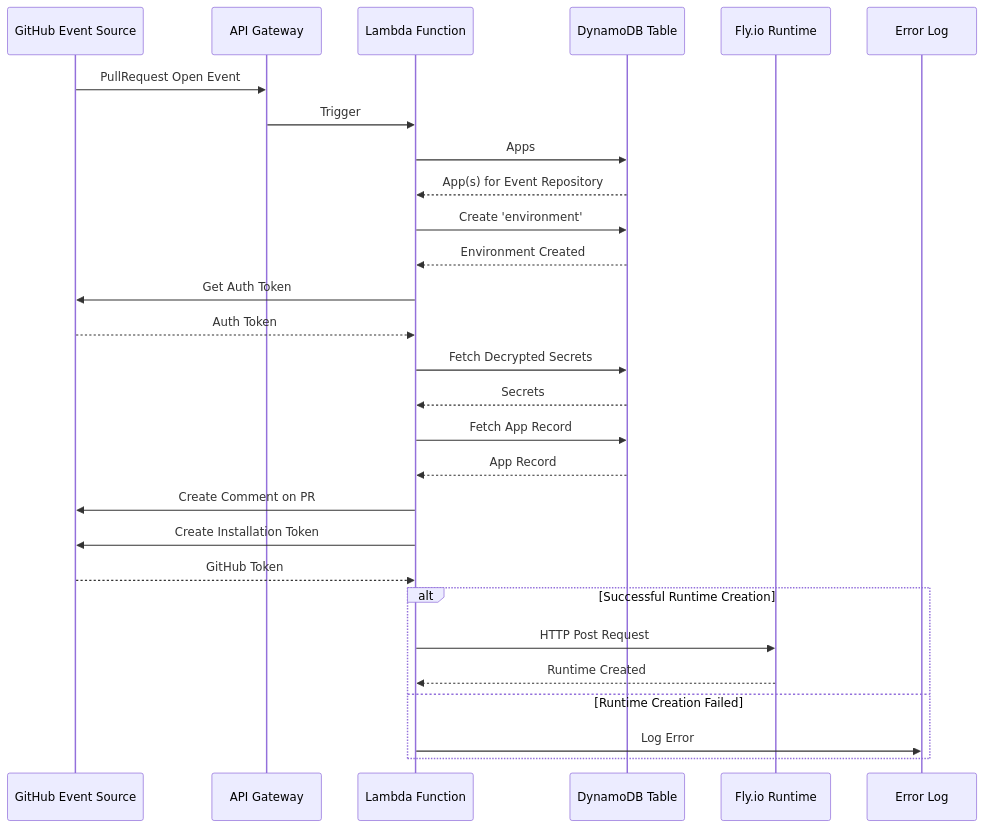
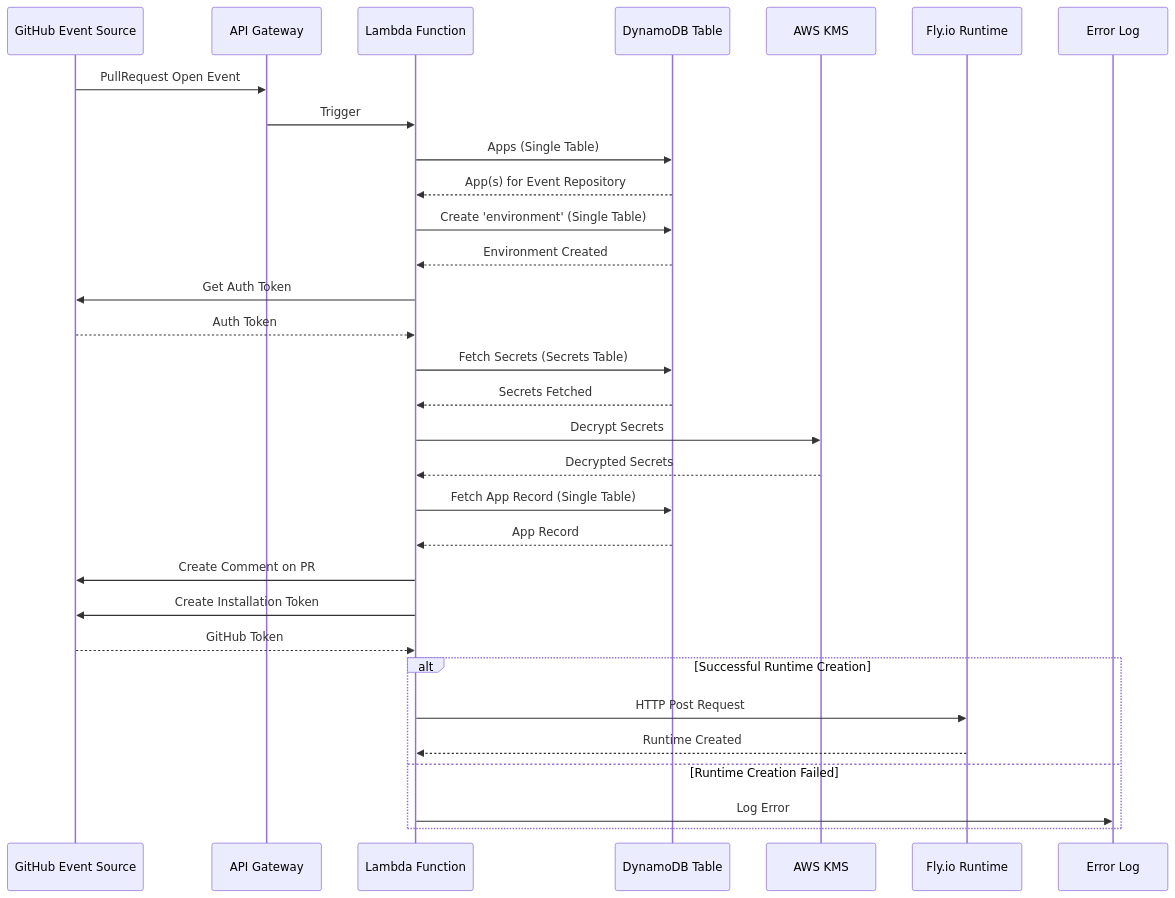
Before and after one commit to winglang/wing.cloud: the diagram in docs/workflows/gitihub-pull-request-open.md, drawn with Mermaid. The commit also changed other lines of this file, not shown here.

Commit message:
a bit clearer diagram

````diff
--- a/docs/workflows/gitihub-pull-request-open.md
+++ b/docs/workflows/gitihub-pull-request-open.md
@@ -43,31 +45,34 @@
 ```mermaid
 sequenceDiagram
     participant GitHub as GitHub Event Source
     participant API_Gateway as API Gateway
     participant Lambda as Lambda Function
     participant DynamoDB as DynamoDB Table
+    participant KMS as AWS KMS
     participant Fly_io as Fly.io Runtime
     participant ErrorLog as Error Log
 
     GitHub->>API_Gateway: PullRequest Open Event
     API_Gateway->>Lambda: Trigger
-    Lambda->>DynamoDB: Apps#listByRepository
+    Lambda->>DynamoDB: Apps (Single Table)
     DynamoDB-->>Lambda: App(s) for Event Repository
-    Lambda->>DynamoDB: Create 'environment'
+    Lambda->>DynamoDB: Create 'environment' (Single Table)
     DynamoDB-->>Lambda: Environment Created
     Lambda->>GitHub: Get Auth Token
     GitHub-->>Lambda: Auth Token
-    Lambda->>DynamoDB: Fetch Decrypted Secrets
-    DynamoDB-->>Lambda: Secrets
-    Lambda->>DynamoDB: Fetch App Record
+    Lambda->>DynamoDB: Fetch Secrets (Secrets Table)
+    DynamoDB-->>Lambda: Secrets Fetched
+    Lambda->>KMS: Decrypt Secrets
+    KMS-->>Lambda: Decrypted Secrets
+    Lambda->>DynamoDB: Fetch App Record (Single Table)
     DynamoDB-->>Lambda: App Record
     Lambda->>GitHub: Create Comment on PR
     Lambda->>GitHub: Create Installation Token
     GitHub-->>Lambda: GitHub Token
     alt Successful Runtime Creation
         Lambda->>Fly_io: HTTP Post Request
         Fly_io-->>Lambda: Runtime Created
     else Runtime Creation Failed
         Lambda->>ErrorLog: Log Error
     end
 ```
````
